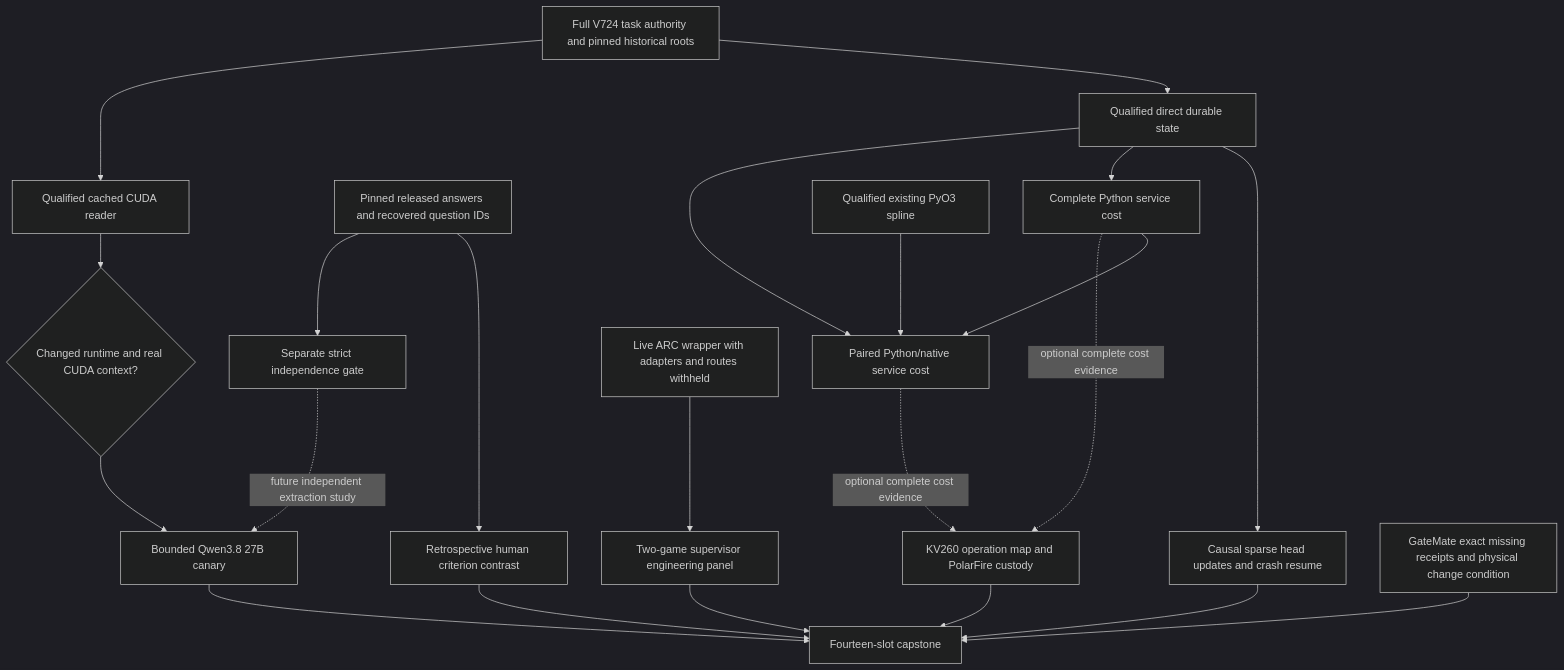
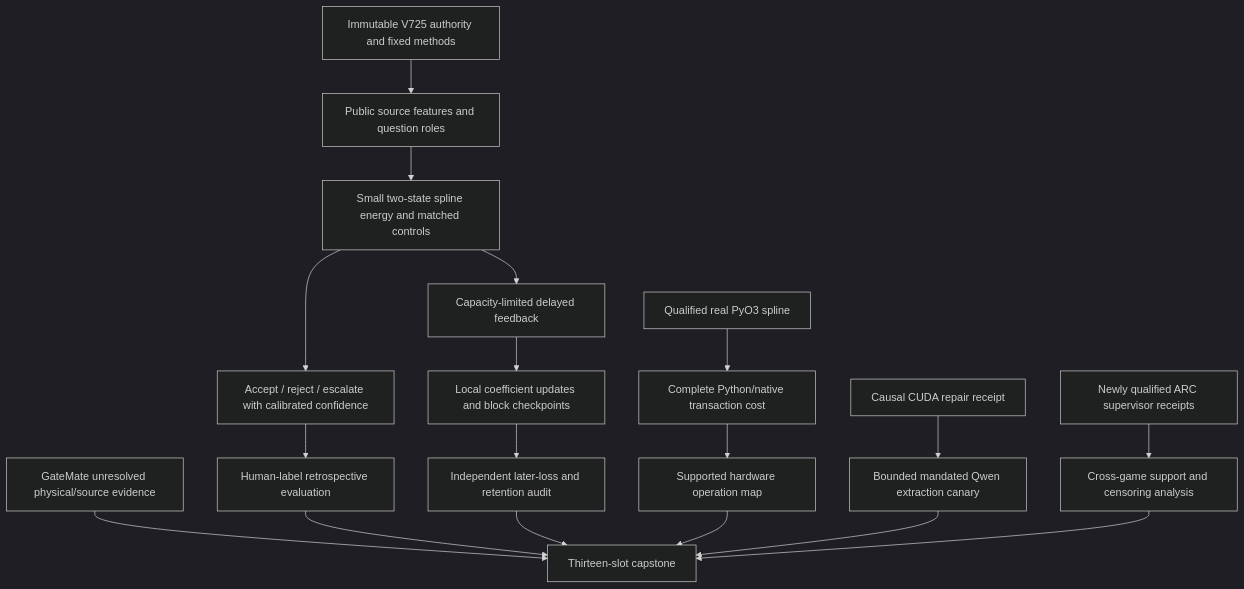
One commit to Carnot-EBM/carnot-ebm changed the first of 2 diagrams in openspec/change-proposals/research-roadmap-vNEXT.md. Above: the diagram before and after it, drawn with Mermaid (dark theme). The commit also changed other lines of this file and 17 other files, not shown here.

````diff
--- a/openspec/change-proposals/research-roadmap-vNEXT.md
+++ b/openspec/change-proposals/research-roadmap-vNEXT.md
@@ -61,24 +92,20 @@
 ```mermaid
 flowchart TD
-    A[Full V724 task authority and pinned historical roots] --> D[Qualified direct durable state]
-    A --> R[Qualified cached CUDA reader]
-    L[Pinned released answers and recovered question IDs] --> J[Retrospective human criterion contrast]
-    L --> X[Separate strict independence gate]
-    X -. future independent extraction study .-> Q
-    R --> C{Changed runtime and real CUDA context?}
-    C --> Q[Bounded Qwen3.8 27B canary]
-    D --> O[Causal sparse head updates and crash resume]
-    D --> P[Complete Python service cost]
-    N[Qualified existing PyO3 spline] --> T[Paired Python/native service cost]
-    P --> T
-    D --> T
-    T -. optional complete cost evidence .-> B[KV260 operation map and PolarFire custody]
-    P -. optional complete cost evidence .-> B
-    U[Live ARC wrapper with adapters and routes withheld] --> G[Two-game supervisor engineering panel]
-    H[GateMate exact missing receipts and physical change condition] --> Z[Fourteen-slot capstone]
-    O --> Z
-    J --> Z
-    Q --> Z
+    A[Immutable V725 authority and fixed methods] --> F[Public source features and question roles]
+    F --> E[Small two-state spline energy and matched controls]
+    E --> D[Accept / reject / escalate with calibrated confidence]
+    D --> V[Human-label retrospective evaluation]
+    E --> L[Capacity-limited delayed feedback]
+    L --> U[Local coefficient updates and block checkpoints]
+    U --> R[Independent later-loss and retention audit]
+    N[Qualified real PyO3 spline] --> C[Complete Python/native transaction cost]
+    C --> H[Supported hardware operation map]
+    Q[Causal CUDA repair receipt] --> G[Bounded mandated Qwen extraction canary]
+    S[Newly qualified ARC supervisor receipts] --> X[Cross-game support and censoring analysis]
+    B[GateMate unresolved physical/source evidence] --> Z[Thirteen-slot capstone]
+    V --> Z
+    R --> Z
+    H --> Z
     G --> Z
-    B --> Z
+    X --> Z
 ```
````
